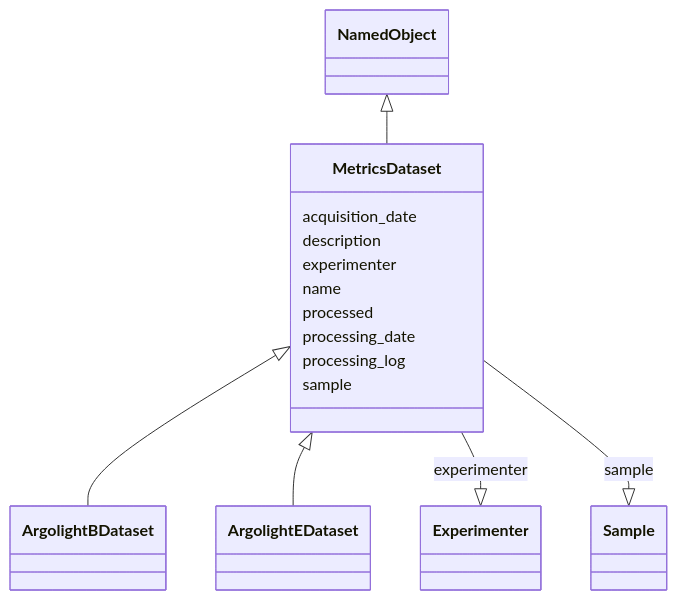
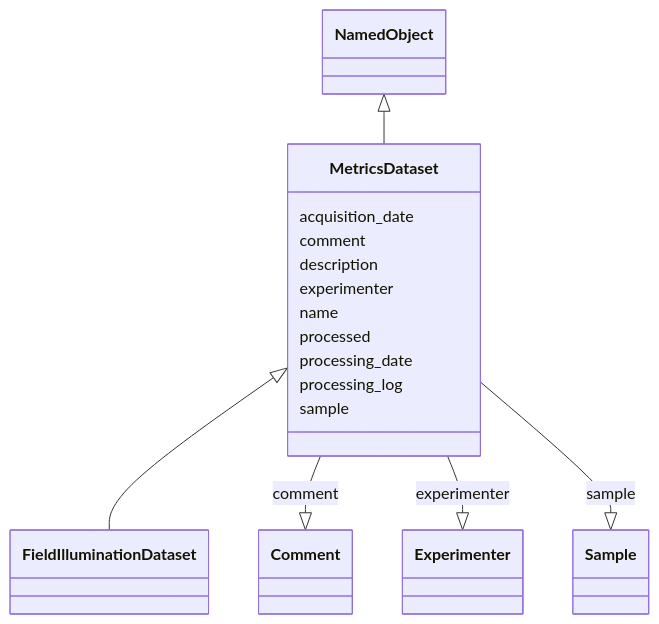
One commit to juliomateoslangerak/microscope-metrics changed the diagram in docs/schema/samples/MetricsDataset.md. Above: the diagram before and after it, drawn with Mermaid. The commit also changed other lines of this file and 193 other files, not shown here.

Commit message:
Minor updates to the schema - ROI is lowercase - More descriptions

````diff
--- a/docs/schema/samples/MetricsDataset.md
+++ b/docs/schema/samples/MetricsDataset.md
@@ -15,32 +15,35 @@
 ```mermaid
  classDiagram
     class MetricsDataset
       NamedObject <|-- MetricsDataset
       
 
-      MetricsDataset <|-- ArgolightBDataset
-      MetricsDataset <|-- ArgolightEDataset
+      MetricsDataset <|-- FieldIlluminationDataset
       
       
       MetricsDataset : acquisition_date
+        
+      MetricsDataset : comment
+        
+          MetricsDataset --|> Comment : comment
         
       MetricsDataset : description
         
       MetricsDataset : experimenter
         
           MetricsDataset --|> Experimenter : experimenter
         
       MetricsDataset : name
         
       MetricsDataset : processed
         
       MetricsDataset : processing_date
         
       MetricsDataset : processing_log
         
       MetricsDataset : sample
         
           MetricsDataset --|> Sample : sample
         
       
 ```
````
